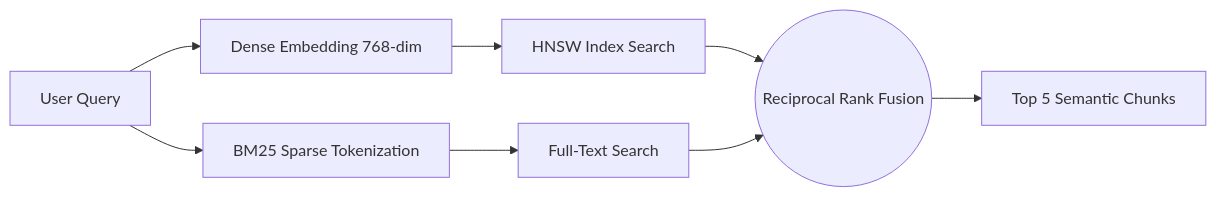
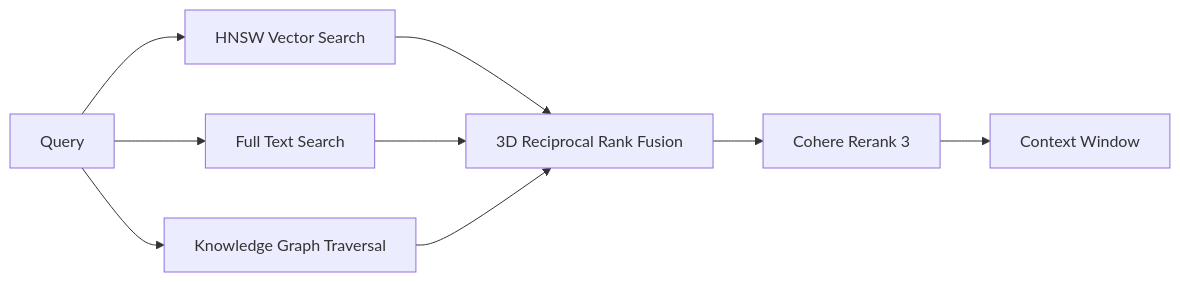
Before and after one commit to Ayush-kathil/cura-assistant-RAG: the second of 2 diagrams in README.md, drawn with Mermaid. The commit also changed other lines of this file and 51 other files, not shown here.

Commit message:
feat: release v1.0.0 architecture

````diff
--- a/README.md
+++ b/README.md
@@ -39,13 +37,10 @@
 ```mermaid
 graph LR
-    Q[User Query] --> Embed[Dense Embedding 768-dim]
-    Q --> Keyword[BM25 Sparse Tokenization]
-    
-    Embed --> HNSW[HNSW Index Search]
-    Keyword --> FTS[Full-Text Search]
-    
-    HNSW --> RRF((Reciprocal Rank Fusion))
-    FTS --> RRF
-    
-    RRF --> Context[Top 5 Semantic Chunks]
+    Query --> Vector[HNSW Vector Search]
+    Query --> BM25[Full Text Search]
+    Query --> Graph[Knowledge Graph Traversal]
+    Vector --> RRF[3D Reciprocal Rank Fusion]
+    BM25 --> RRF
+    Graph --> RRF
+    RRF --> Rerank[Cohere Rerank 3] --> Final[Context Window]
 ```
````
